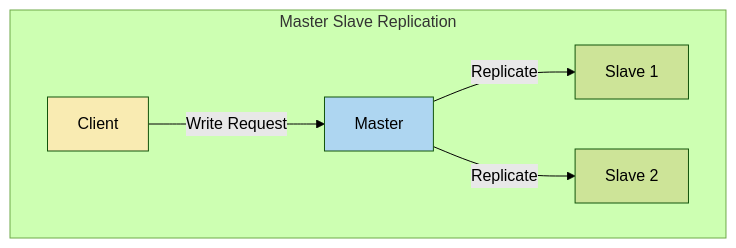
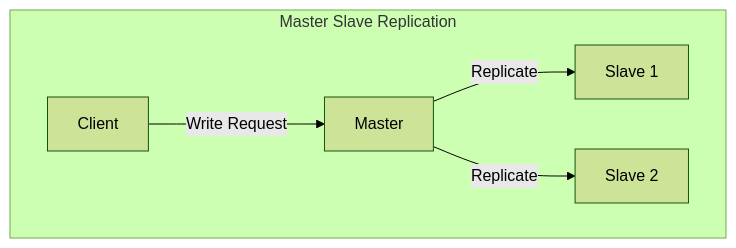
Before and after one commit to sharief007/dev-docs: the diagram in content/system-design/database/replication/leader-based-replication.md, drawn with Mermaid (forest theme).

Commit message:
adjust colors

````diff
--- a/content/system-design/database/replication/leader-based-replication.md
+++ b/content/system-design/database/replication/leader-based-replication.md
@@ -16,13 +16,10 @@
 ```mermaid
 graph TD;
   subgraph Master Slave Replication
   direction LR
     A[Client] -->|Write Request| B[Master]
     B -->|Replicate| C[Slave 1]
     B -->|Replicate| D[Slave 2]
   end
 
-  style A fill:#F9EBB2
-  style B fill:#AED6F1
-
 ```
````
